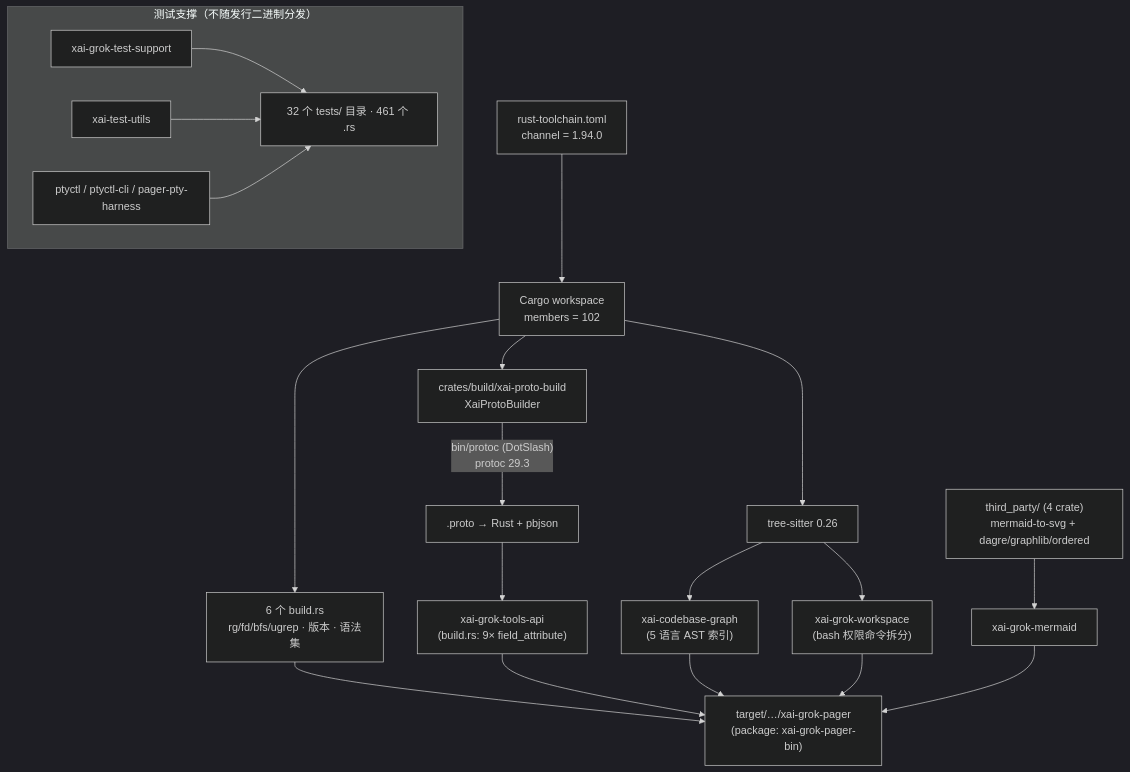
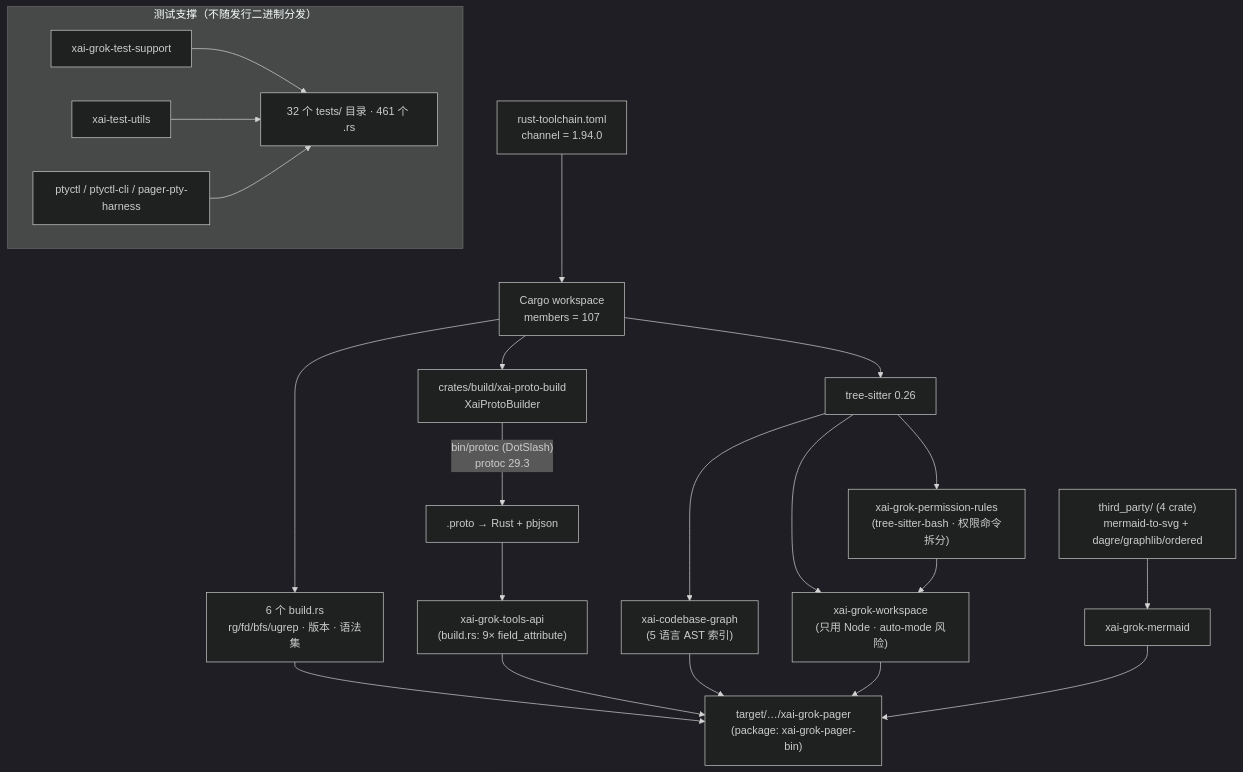
Before and after one commit to adrian9778/grok-build: the first of 2 diagrams in docs/adrian/sourceReader/14-构建测试第三方与许可证.md, drawn with Mermaid (dark theme). The commit also changed other lines of this file and 23 other files, not shown here.

````diff
--- a/docs/adrian/sourceReader/14-构建测试第三方与许可证.md
+++ b/docs/adrian/sourceReader/14-构建测试第三方与许可证.md
@@ -55,22 +55,24 @@
 ```mermaid
 flowchart TD
-    T["rust-toolchain.toml<br/>channel = 1.94.0"] --> W["Cargo workspace<br/>members = 102"]
+    T["rust-toolchain.toml<br/>channel = 1.94.0"] --> W["Cargo workspace<br/>members = 107"]
     W --> PB["crates/build/xai-proto-build<br/>XaiProtoBuilder"]
     PB -->|"bin/protoc (DotSlash)<br/>protoc 29.3"| PROTO[".proto → Rust + pbjson"]
     PROTO --> API["xai-grok-tools-api<br/>(build.rs: 9× field_attribute)"]
     W --> BR["6 个 build.rs<br/>rg/fd/bfs/ugrep · 版本 · 语法集"]
     BR --> BIN["target/…/xai-grok-pager<br/>(package: xai-grok-pager-bin)"]
     API --> BIN
     W --> TS["tree-sitter 0.26"]
     TS --> CG["xai-codebase-graph<br/>(5 语言 AST 索引)"]
-    TS --> WSP["xai-grok-workspace<br/>(bash 权限命令拆分)"]
+    TS --> PR["xai-grok-permission-rules<br/>(tree-sitter-bash · 权限命令拆分)"]
+    TS --> WSP["xai-grok-workspace<br/>(只用 Node · auto-mode 风险)"]
     CG --> BIN
+    PR --> WSP
     WSP --> BIN
     TP["third_party/ (4 crate)<br/>mermaid-to-svg + dagre/graphlib/ordered"] --> MER["xai-grok-mermaid"]
     MER --> BIN
     subgraph TEST["测试支撑（不随发行二进制分发）"]
         TS2["xai-grok-test-support"] --> IT["32 个 tests/ 目录 · 461 个 .rs"]
         TU["xai-test-utils"] --> IT
         PTY["ptyctl / ptyctl-cli / pager-pty-harness"] --> IT
     end
 ```
````
